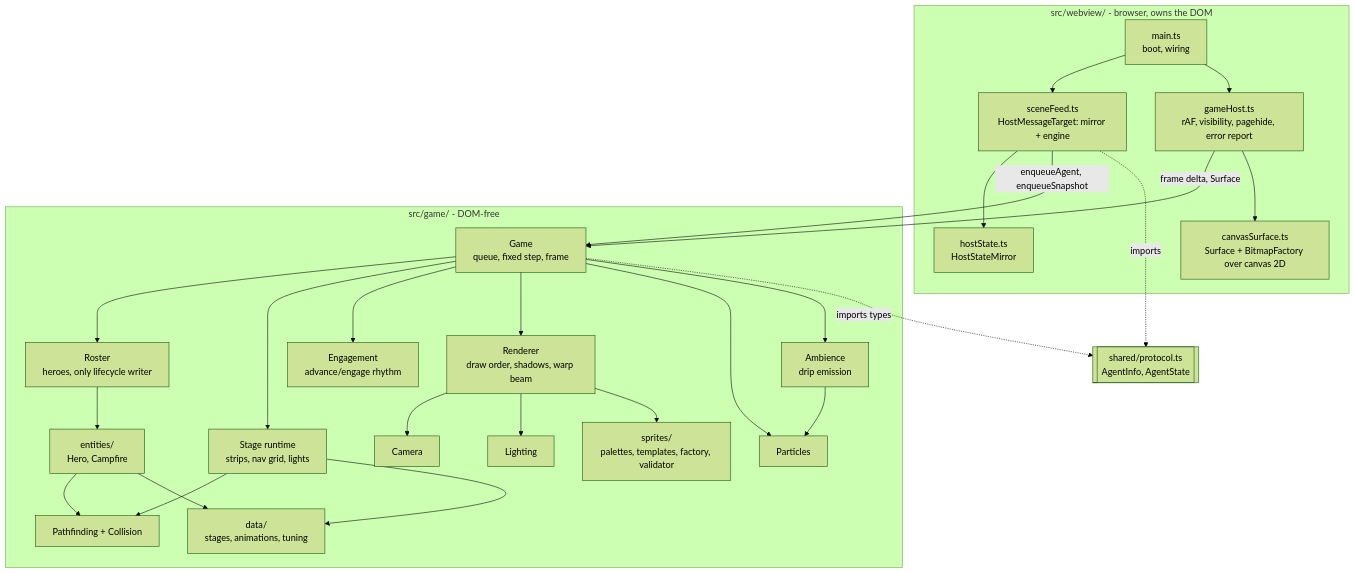
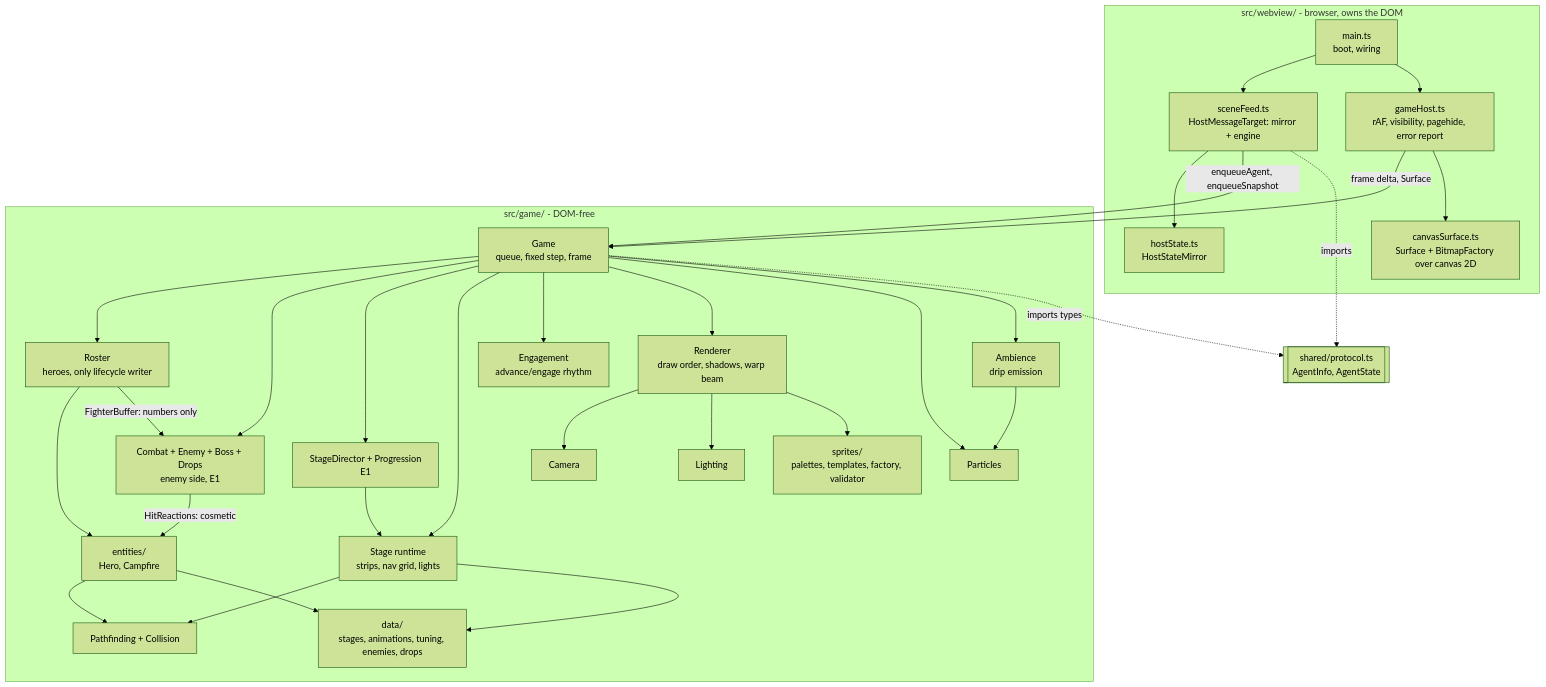
The first of 3 diagrams in docs/architecture/game-engine.md (GrapeJuicer01/vscode-dungeon-crawlers), drawn with Mermaid (forest theme) before and after one commit. The commit also changed other lines of this file and 122 other files, not shown here.

First line of the commit message:
feat: add stage 1-2 enemies, combat, and persisted progress

````diff
--- a/docs/architecture/game-engine.md
+++ b/docs/architecture/game-engine.md
@@ -19,47 +19,53 @@
 ```mermaid
 flowchart TB
   subgraph web[src/webview/ - browser, owns the DOM]
     main[main.ts<br/>boot, wiring]
     feed[sceneFeed.ts<br/>HostMessageTarget: mirror + engine]
     mirror[hostState.ts<br/>HostStateMirror]
     ghost[gameHost.ts<br/>rAF, visibility, pagehide, error report]
     csurf[canvasSurface.ts<br/>Surface + BitmapFactory over canvas 2D]
   end
   subgraph game[src/game/ - DOM-free]
     G[Game<br/>queue, fixed step, frame]
     R[Roster<br/>heroes, only lifecycle writer]
     E[entities/<br/>Hero, Campfire]
     ST[Stage runtime<br/>strips, nav grid, lights]
     ENG[Engagement<br/>advance/engage rhythm]
     REN[Renderer<br/>draw order, shadows, warp beam]
     CAM[Camera]
     LIT[Lighting]
     PAR[Particles]
     AMB[Ambience<br/>drip emission]
     PF[Pathfinding + Collision]
     SPR[sprites/<br/>palettes, templates, factory, validator]
-    DATA[data/<br/>stages, animations, tuning]
+    DATA[data/<br/>stages, animations, tuning, enemies, drops]
+    CMB[Combat + Enemy + Boss + Drops<br/>enemy side, E1]
+    DIR[StageDirector + Progression<br/>E1]
   end
   shared[[shared/protocol.ts<br/>AgentInfo, AgentState]]
   main --> feed
   main --> ghost
   feed --> mirror
   feed -- enqueueAgent, enqueueSnapshot --> G
   ghost -- frame delta, Surface --> G
   ghost --> csurf
   G --> R --> E
+  R -- FighterBuffer: numbers only --> CMB
+  CMB -- HitReactions: cosmetic --> E
+  G --> CMB
+  G --> DIR --> ST
   G --> ST
   G --> ENG
   G --> REN
   REN --> CAM
   REN --> LIT
   G --> PAR
   G --> AMB --> PAR
   E --> PF
   ST --> PF
   REN --> SPR
   ST --> DATA
   E --> DATA
   G -. imports types .-> shared
   feed -. imports .-> shared
 ```
````
